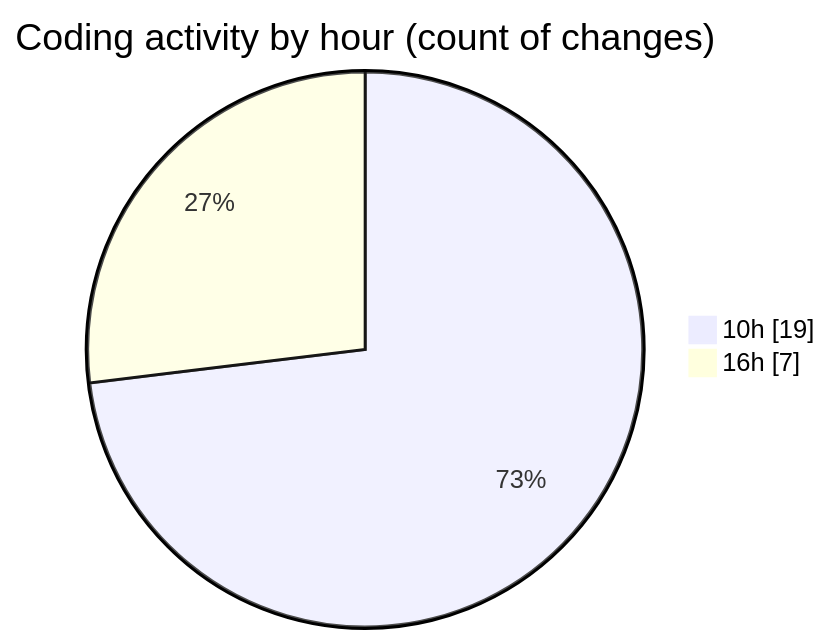
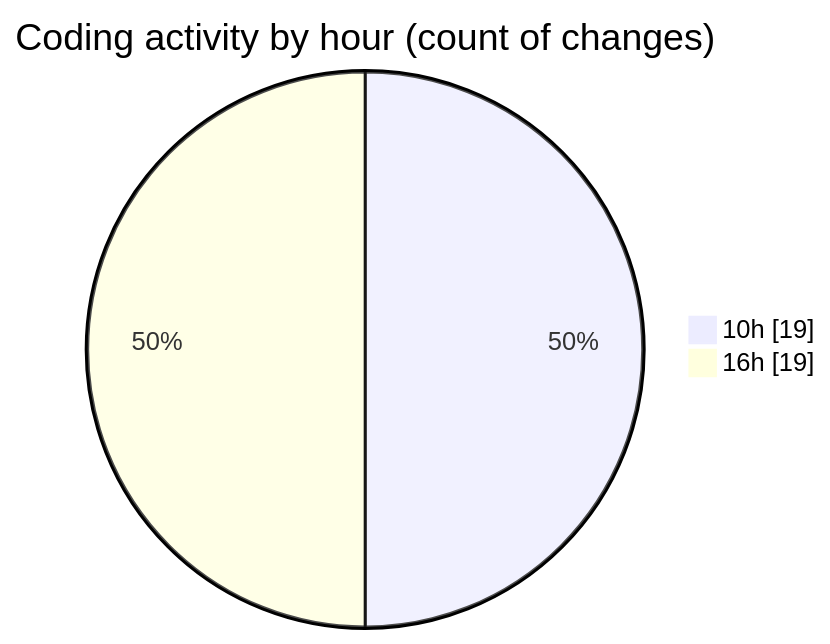
One commit to robertbonfada/code-tracking changed the second of 2 diagrams in 2025-01-20/mbc-web/README.md. Above: the diagram before and after it, drawn with Mermaid. The commit also changed other lines of this file and 1 other file, not shown here.

````diff
--- a/2025-01-20/mbc-web/README.md
+++ b/2025-01-20/mbc-web/README.md
@@ -38,6 +43,6 @@
 ```mermaid
 pie showData
 title Coding activity by hour (count of changes)
 "10h" : 19
-"16h" : 7
+"16h" : 19
 ```
````
